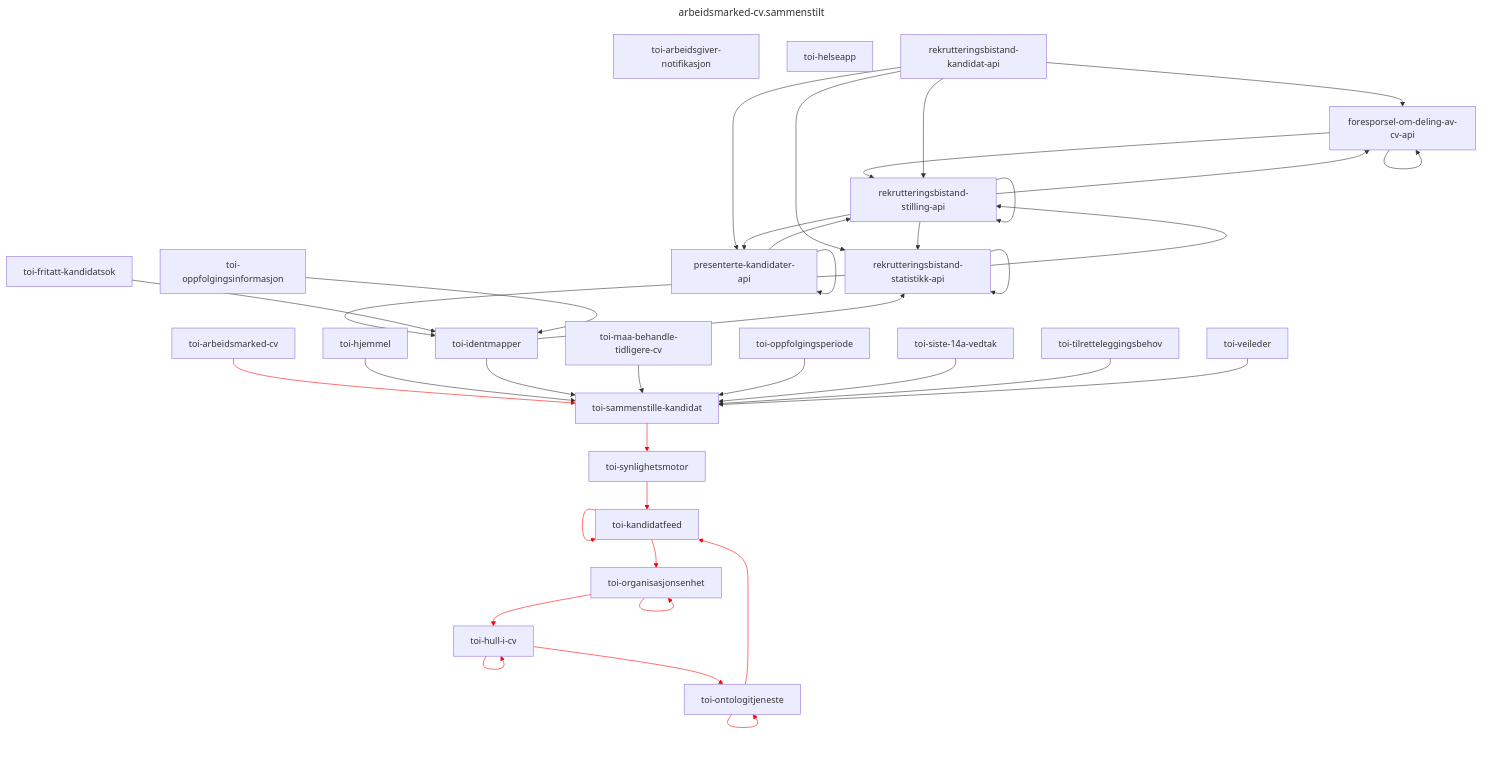
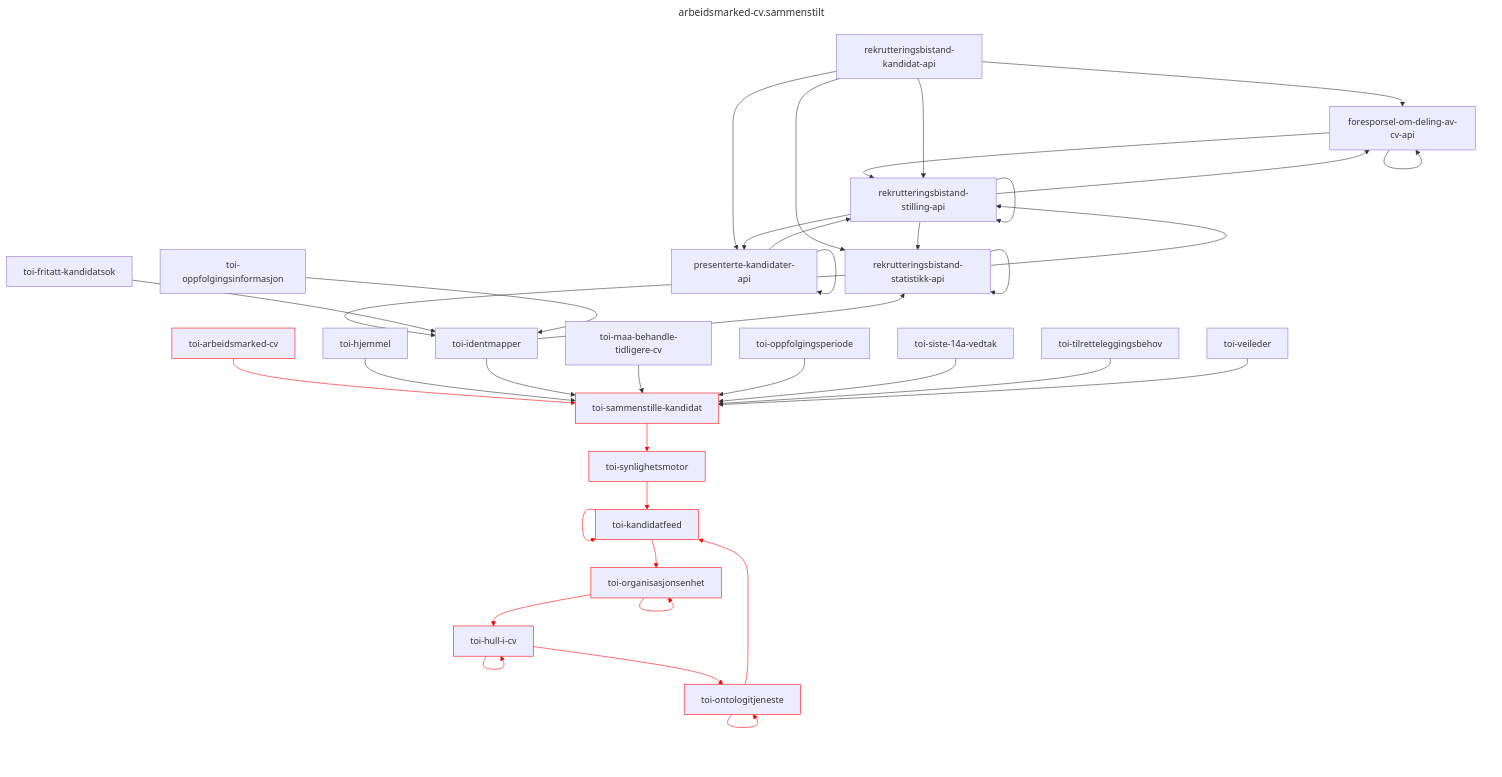
One commit to navikt/toi-rapids-and-rivers-grapher changed the second of 34 diagrams in README.md. Above: the diagram before and after it, drawn with Mermaid. The commit also changed other lines of this file, not shown here.

````diff
--- a/README.md
+++ b/README.md
@@ -46,56 +44,45 @@
 ```mermaid
 ---
 title: arbeidsmarked-cv.sammenstilt
 ---
 graph TD;
-toi-arbeidsgiver-notifikasjon;
-toi-helseapp;
 foresporsel-om-deling-av-cv-api --> foresporsel-om-deling-av-cv-api;
 foresporsel-om-deling-av-cv-api --> rekrutteringsbistand-stilling-api;
 presenterte-kandidater-api --> presenterte-kandidater-api;
 presenterte-kandidater-api --> rekrutteringsbistand-stilling-api;
 rekrutteringsbistand-kandidat-api --> foresporsel-om-deling-av-cv-api;
 rekrutteringsbistand-kandidat-api --> presenterte-kandidater-api;
 rekrutteringsbistand-kandidat-api --> rekrutteringsbistand-statistikk-api;
 rekrutteringsbistand-kandidat-api --> rekrutteringsbistand-stilling-api;
 rekrutteringsbistand-statistikk-api --> rekrutteringsbistand-statistikk-api;
 rekrutteringsbistand-statistikk-api --> rekrutteringsbistand-stilling-api;
 rekrutteringsbistand-statistikk-api --> toi-identmapper;
 rekrutteringsbistand-stilling-api --> foresporsel-om-deling-av-cv-api;
 rekrutteringsbistand-stilling-api --> presenterte-kandidater-api;
 rekrutteringsbistand-stilling-api --> rekrutteringsbistand-statistikk-api;
 rekrutteringsbistand-stilling-api --> rekrutteringsbistand-stilling-api;
-toi-arbeidsmarked-cv --> toi-sammenstille-kandidat;
+toi-arbeidsmarked-cv:::x --> toi-sammenstille-kandidat:::x;
 toi-fritatt-kandidatsok --> toi-identmapper;
 toi-hjemmel --> toi-sammenstille-kandidat;
-toi-hull-i-cv --> toi-hull-i-cv;
-toi-hull-i-cv --> toi-ontologitjeneste;
+toi-hull-i-cv:::x --> toi-hull-i-cv:::x;
+toi-hull-i-cv:::x --> toi-ontologitjeneste:::x;
 toi-identmapper --> rekrutteringsbistand-statistikk-api;
 toi-identmapper --> toi-sammenstille-kandidat;
-toi-kandidatfeed --> toi-kandidatfeed;
-toi-kandidatfeed --> toi-organisasjonsenhet;
+toi-kandidatfeed:::x --> toi-kandidatfeed:::x;
+toi-kandidatfeed:::x --> toi-organisasjonsenhet:::x;
 toi-maa-behandle-tidligere-cv --> toi-sammenstille-kandidat;
-toi-ontologitjeneste --> toi-kandidatfeed;
-toi-ontologitjeneste --> toi-ontologitjeneste;
+toi-ontologitjeneste:::x --> toi-kandidatfeed:::x;
+toi-ontologitjeneste:::x --> toi-ontologitjeneste:::x;
 toi-oppfolgingsinformasjon --> toi-identmapper;
 toi-oppfolgingsperiode --> toi-sammenstille-kandidat;
-toi-organisasjonsenhet --> toi-hull-i-cv;
-toi-organisasjonsenhet --> toi-organisasjonsenhet;
-toi-sammenstille-kandidat --> toi-synlighetsmotor;
+toi-organisasjonsenhet:::x --> toi-hull-i-cv:::x;
+toi-organisasjonsenhet:::x --> toi-organisasjonsenhet:::x;
+toi-sammenstille-kandidat:::x --> toi-synlighetsmotor:::x;
 toi-siste-14a-vedtak --> toi-sammenstille-kandidat;
-toi-synlighetsmotor --> toi-kandidatfeed;
+toi-synlighetsmotor:::x --> toi-kandidatfeed:::x;
 toi-tilretteleggingsbehov --> toi-sammenstille-kandidat;
 toi-veileder --> toi-sammenstille-kandidat;
 
-linkStyle 15 stroke:red;
-linkStyle 18 stroke:red;
-linkStyle 19 stroke:red;
-linkStyle 22 stroke:red;
-linkStyle 23 stroke:red;
-linkStyle 25 stroke:red;
-linkStyle 26 stroke:red;
-linkStyle 29 stroke:red;
-linkStyle 30 stroke:red;
-linkStyle 31 stroke:red;
-linkStyle 33 stroke:red;
+linkStyle 15,18,19,22,23,25,26,29,30,31,33 stroke:red;
+classDef x stroke: red;
 ```
````
